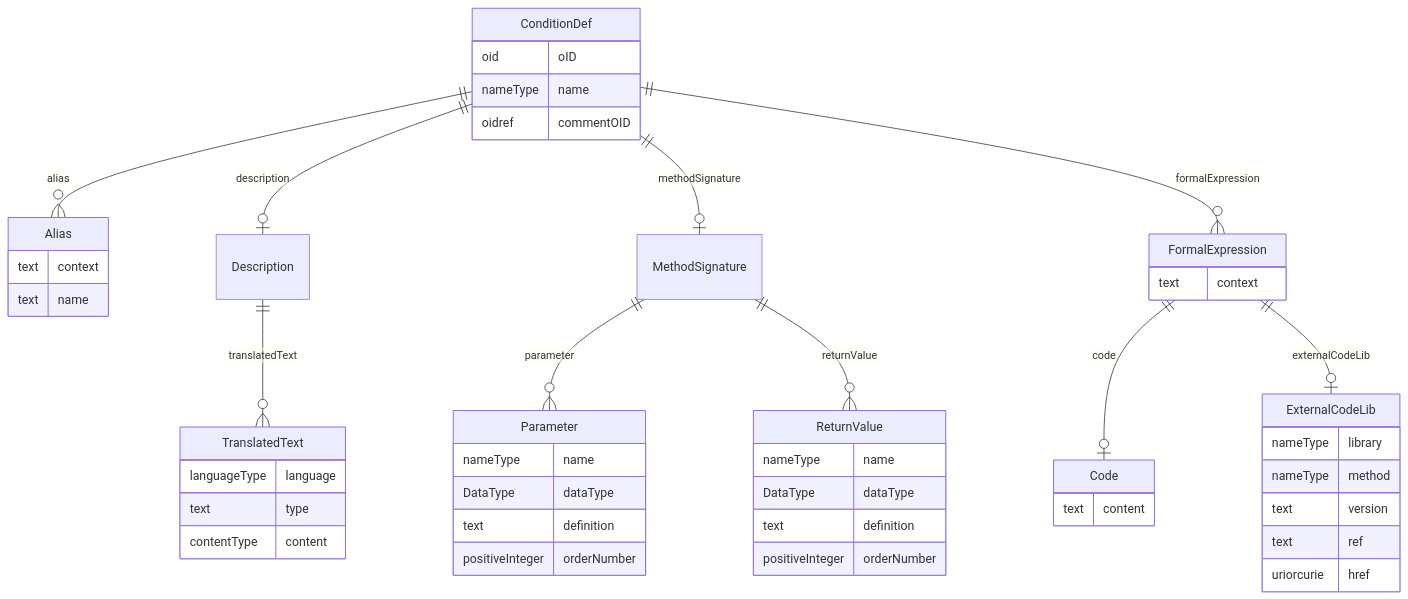
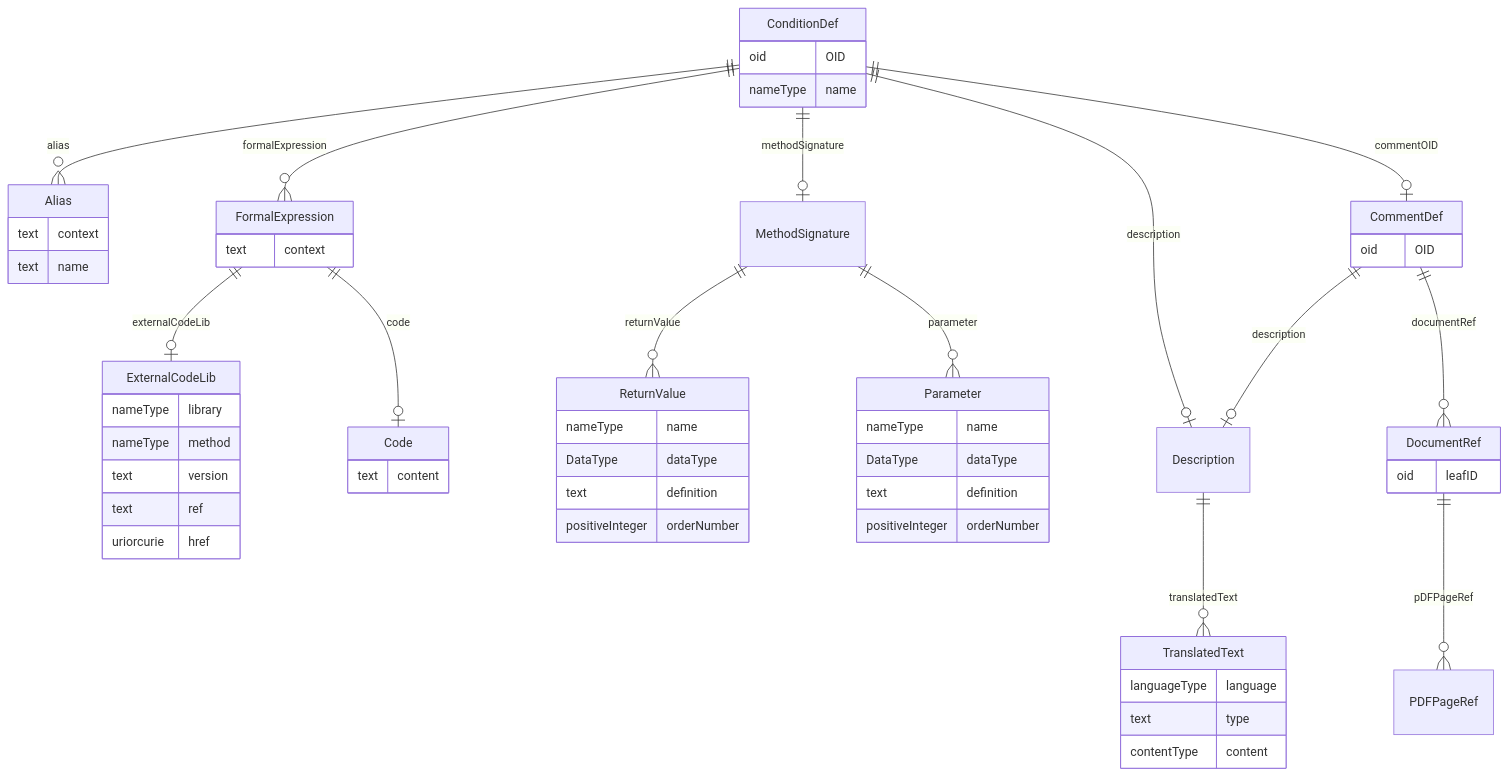
The diagram in docs/ConditionDef.md (cdisc-org/DataExchange-ODM-LinkML), drawn with Mermaid before and after one commit. The commit also changed other lines of this file and 338 other files, not shown here.

````diff
--- a/docs/ConditionDef.md
+++ b/docs/ConditionDef.md
@@ -11,59 +11,68 @@
 ```mermaid
 erDiagram
 ConditionDef {
-    oid oID  
+    oid OID  
     nameType name  
-    oidref commentOID  
 }
 Alias {
     text context  
     text name  
 }
 FormalExpression {
     text context  
 }
 ExternalCodeLib {
     nameType library  
     nameType method  
     text version  
     text ref  
     uriorcurie href  
 }
 Code {
     text content  
 }
 MethodSignature {
 
 }
 ReturnValue {
     nameType name  
     DataType dataType  
     text definition  
     positiveInteger orderNumber  
 }
 Parameter {
     nameType name  
     DataType dataType  
     text definition  
     positiveInteger orderNumber  
 }
 Description {
 
 }
 TranslatedText {
     languageType language  
     text type  
     contentType content  
 }
+CommentDef {
+    oid OID  
+}
+DocumentRef {
+    oid leafID  
+}
 
+ConditionDef ||--|o CommentDef : "commentOID"
 ConditionDef ||--|o Description : "description"
 ConditionDef ||--|o MethodSignature : "methodSignature"
 ConditionDef ||--}o FormalExpression : "formalExpression"
 ConditionDef ||--}o Alias : "alias"
 FormalExpression ||--|o Code : "code"
 FormalExpression ||--|o ExternalCodeLib : "externalCodeLib"
 MethodSignature ||--}o Parameter : "parameter"
 MethodSignature ||--}o ReturnValue : "returnValue"
 Description ||--}o TranslatedText : "translatedText"
+CommentDef ||--|o Description : "description"
+CommentDef ||--}o DocumentRef : "documentRef"
+DocumentRef ||--}o PDFPageRef : "pDFPageRef"
 
 ```
````
